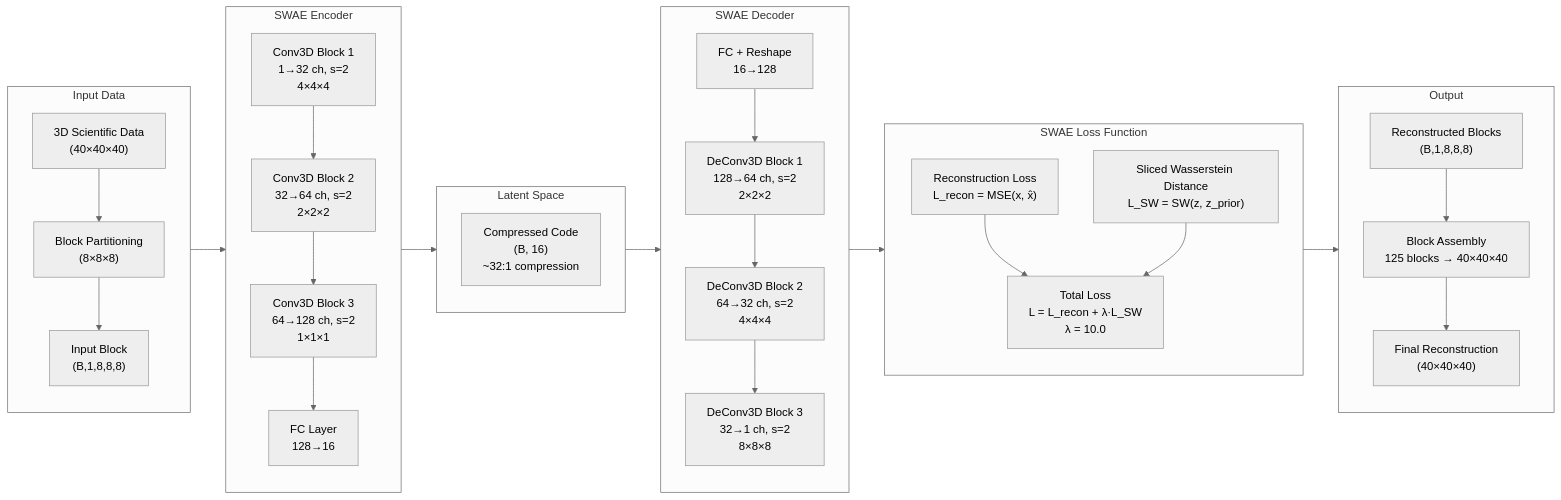
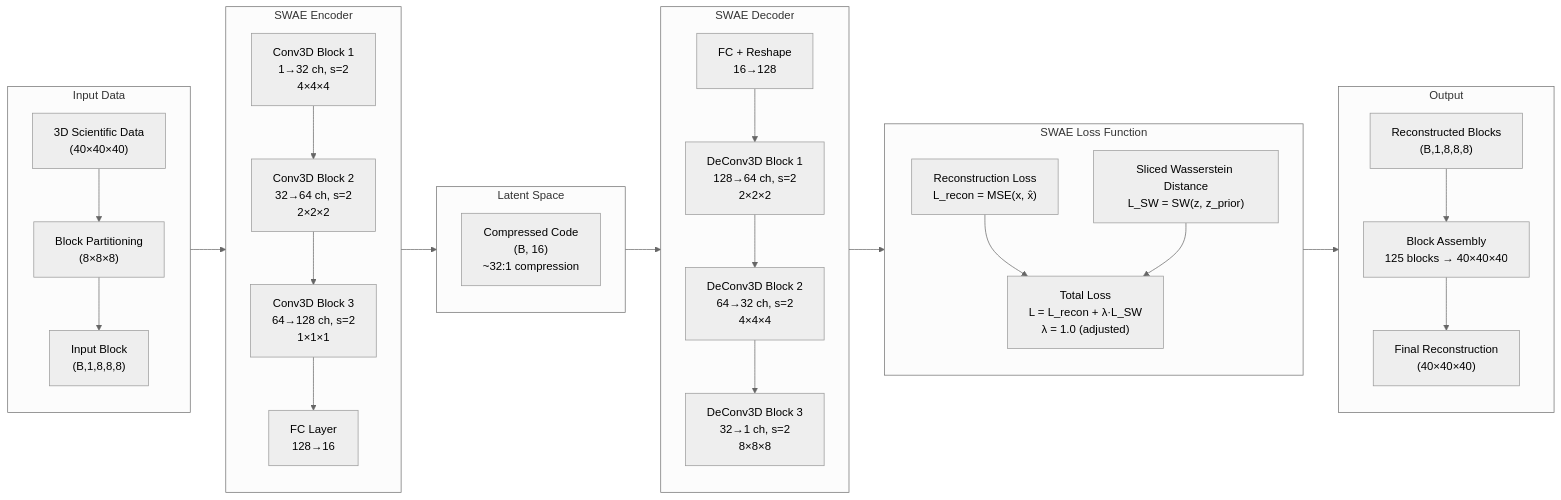
One commit to paralab/AE-based-compression changed the first of 2 diagrams in README.md. Above: the diagram before and after it, drawn with Mermaid (neutral theme). The commit also changed other lines of this file and 170 other files, not shown here.

````diff
--- a/README.md
+++ b/README.md
@@ -13,58 +19,58 @@
 ```mermaid
 graph LR
   %% Input Data
   subgraph Input_Data ["Input Data"]
     direction TB
     A["3D Scientific Data<br/>(40×40×40)"]
     B["Block Partitioning<br/>(8×8×8)"]
     C["Input Block<br/>(B,1,8,8,8)"]
     A --> B --> C
   end
 
   %% Encoder
   subgraph Encoder ["SWAE Encoder"]
     direction TB
     D["Conv3D Block 1<br/>1→32 ch, s=2<br/>4×4×4"]
     E["Conv3D Block 2<br/>32→64 ch, s=2<br/>2×2×2"]
     F["Conv3D Block 3<br/>64→128 ch, s=2<br/>1×1×1"]
     G["FC Layer<br/>128→16"]
     D --> E --> F --> G
   end
 
   %% Latent Space
   subgraph Latent ["Latent Space"]
     H["Compressed Code<br/>(B, 16)<br/>~32:1 compression"]
   end
 
   %% Decoder
   subgraph Decoder ["SWAE Decoder"]
     direction TB
     I["FC + Reshape<br/>16→128"]
     J["DeConv3D Block 1<br/>128→64 ch, s=2<br/>2×2×2"]
     K["DeConv3D Block 2<br/>64→32 ch, s=2<br/>4×4×4"]
     L["DeConv3D Block 3<br/>32→1 ch, s=2<br/>8×8×8"]
     I --> J --> K --> L
   end
 
   %% Loss Function
   subgraph Loss ["SWAE Loss Function"]
     direction TB
     M["Reconstruction Loss<br/>L_recon = MSE(x, x̂)"]
     N["Sliced Wasserstein Distance<br/>L_SW = SW(z, z_prior)"]
-    O["Total Loss<br/>L = L_recon + λ·L_SW<br/>λ = 10.0"]
+    O["Total Loss<br/>L = L_recon + λ·L_SW<br/>λ = 1.0 (adjusted)"]
     M --> O
     N --> O
   end
 
   %% Output
   subgraph Output ["Output"]
     direction TB
     P["Reconstructed Blocks<br/>(B,1,8,8,8)"]
     Q["Block Assembly<br/>125 blocks → 40×40×40"]
     R["Final Reconstruction<br/>(40×40×40)"]
     P --> Q --> R
   end
 
   %% Inter-subgraph connections
   Input_Data --> Encoder --> Latent --> Decoder --> Loss --> Output
 ```
````
